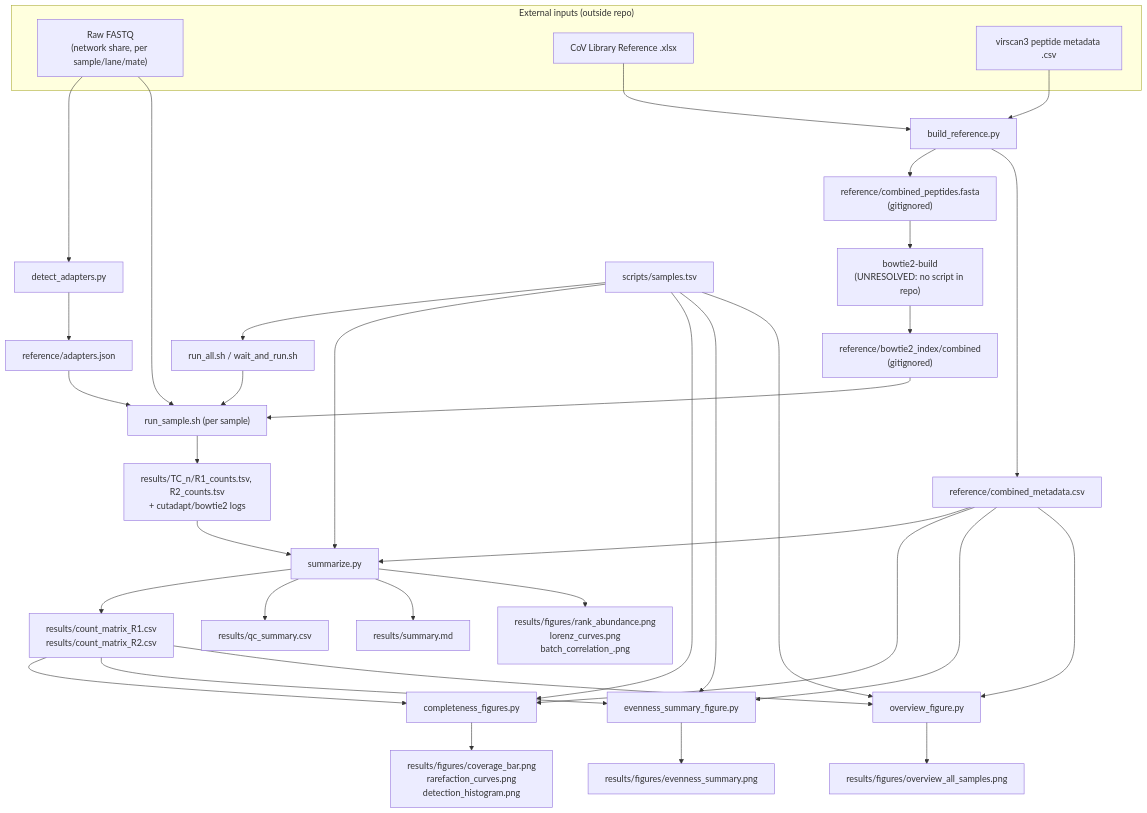
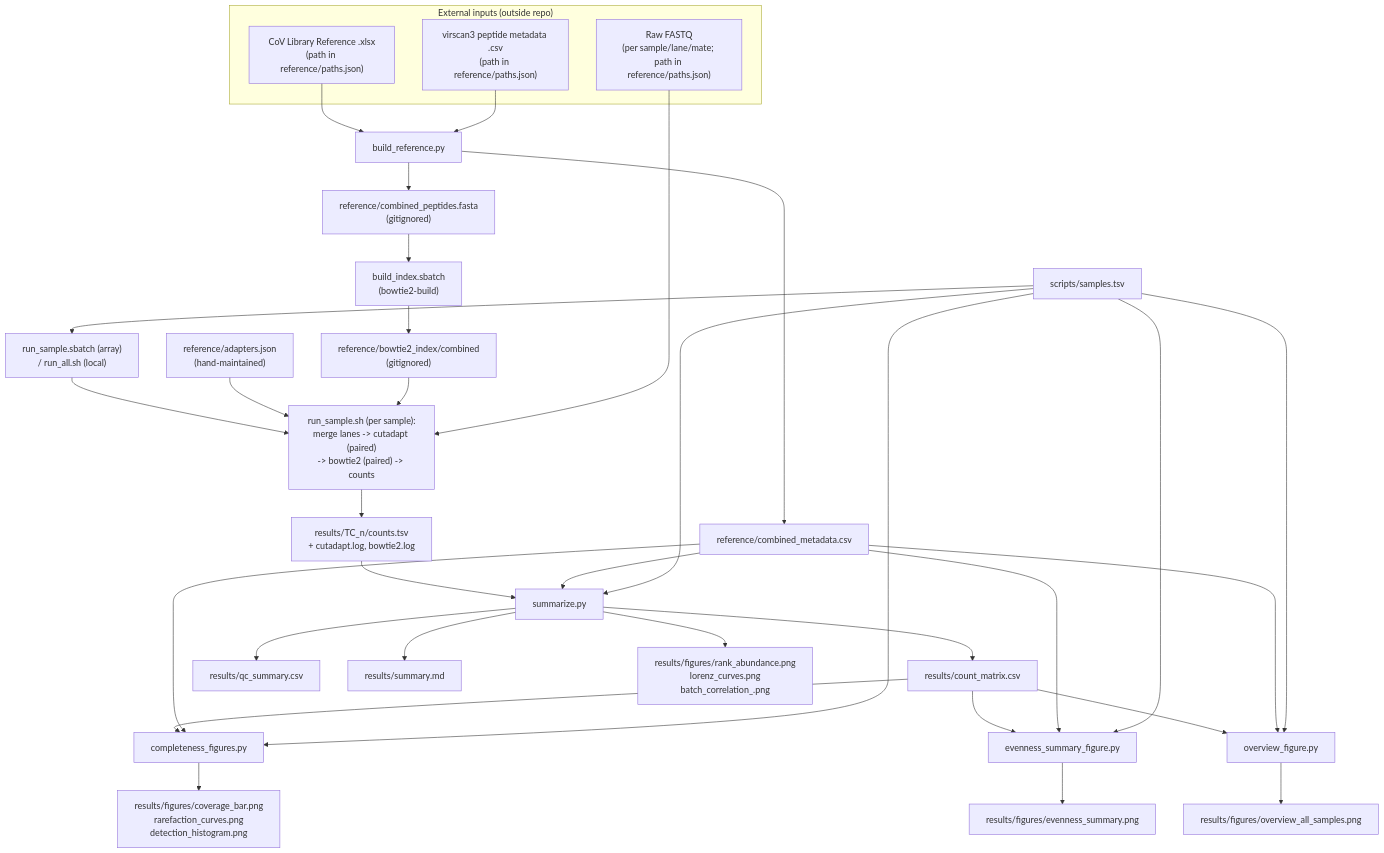
The diagram in README.md (dbauerlab/PhIPseq), drawn with Mermaid before and after one commit. The commit also changed other lines of this file, not shown here.

First line of the commit message:
Update README.md for the SLURM/paired-end migration

````diff
--- a/README.md
+++ b/README.md
@@ -194,49 +225,48 @@
 ```mermaid
 flowchart TD
     subgraph external["External inputs (outside repo)"]
-        RAWFASTQ["Raw FASTQ\n(network share, per sample/lane/mate)"]
-        COVXLSX["CoV Library Reference .xlsx"]
-        VIR3CSV["virscan3 peptide metadata .csv"]
+        RAWFASTQ["Raw FASTQ\n(per sample/lane/mate; path in reference/paths.json)"]
+        COVXLSX["CoV Library Reference .xlsx\n(path in reference/paths.json)"]
+        VIR3CSV["virscan3 peptide metadata .csv\n(path in reference/paths.json)"]
     end
-
-    RAWFASTQ --> DA["detect_adapters.py"]
-    DA --> ADAPTERS["reference/adapters.json"]
 
     COVXLSX --> BR["build_reference.py"]
     VIR3CSV --> BR
     BR --> FASTA["reference/combined_peptides.fasta\n(gitignored)"]
     BR --> META["reference/combined_metadata.csv"]
 
-    FASTA --> BOWTIEBUILD["bowtie2-build\n(UNRESOLVED: no script in repo)"]
+    FASTA --> BOWTIEBUILD["build_index.sbatch\n(bowtie2-build)"]
     BOWTIEBUILD --> INDEX["reference/bowtie2_index/combined\n(gitignored)"]
 
-    SAMPLESTSV["scripts/samples.tsv"] --> RUNALL["run_all.sh / wait_and_run.sh"]
-    RUNALL --> RS["run_sample.sh (per sample)"]
-    ADAPTERS --> RS
+    ADAPTERSJSON["reference/adapters.json\n(hand-maintained)"]
+
+    SAMPLESTSV["scripts/samples.tsv"] --> RUNALL["run_sample.sbatch (array)\n/ run_all.sh (local)"]
+    RUNALL --> RS["run_sample.sh (per sample):\nmerge lanes -> cutadapt (paired)\n-> bowtie2 (paired) -> counts"]
+    ADAPTERSJSON --> RS
     INDEX --> RS
     RAWFASTQ --> RS
-    RS --> COUNTS["results/TC_n/R1_counts.tsv, R2_counts.tsv\n+ cutadapt/bowtie2 logs"]
+    RS --> COUNTS["results/TC_n/counts.tsv\n+ cutadapt.log, bowtie2.log"]
 
     COUNTS --> SUM["summarize.py"]
     META --> SUM
     SAMPLESTSV --> SUM
-    SUM --> MATRICES["results/count_matrix_R1.csv\nresults/count_matrix_R2.csv"]
+    SUM --> MATRIX["results/count_matrix.csv"]
     SUM --> QC["results/qc_summary.csv"]
     SUM --> SUMMD["results/summary.md"]
     SUM --> FIGS1["results/figures/rank_abundance.png\nlorenz_curves.png\nbatch_correlation_<library>.png"]
 
-    MATRICES --> CF["completeness_figures.py"]
+    MATRIX --> CF["completeness_figures.py"]
     META --> CF
     SAMPLESTSV --> CF
     CF --> FIGS2["results/figures/coverage_bar.png\nrarefaction_curves.png\ndetection_histogram.png"]
 
-    MATRICES --> EF["evenness_summary_figure.py"]
+    MATRIX --> EF["evenness_summary_figure.py"]
     META --> EF
     SAMPLESTSV --> EF
     EF --> FIGS3["results/figures/evenness_summary.png"]
 
-    MATRICES --> OF["overview_figure.py"]
+    MATRIX --> OF["overview_figure.py"]
     META --> OF
     SAMPLESTSV --> OF
     OF --> FIGS4["results/figures/overview_all_samples.png"]
 ```
````
